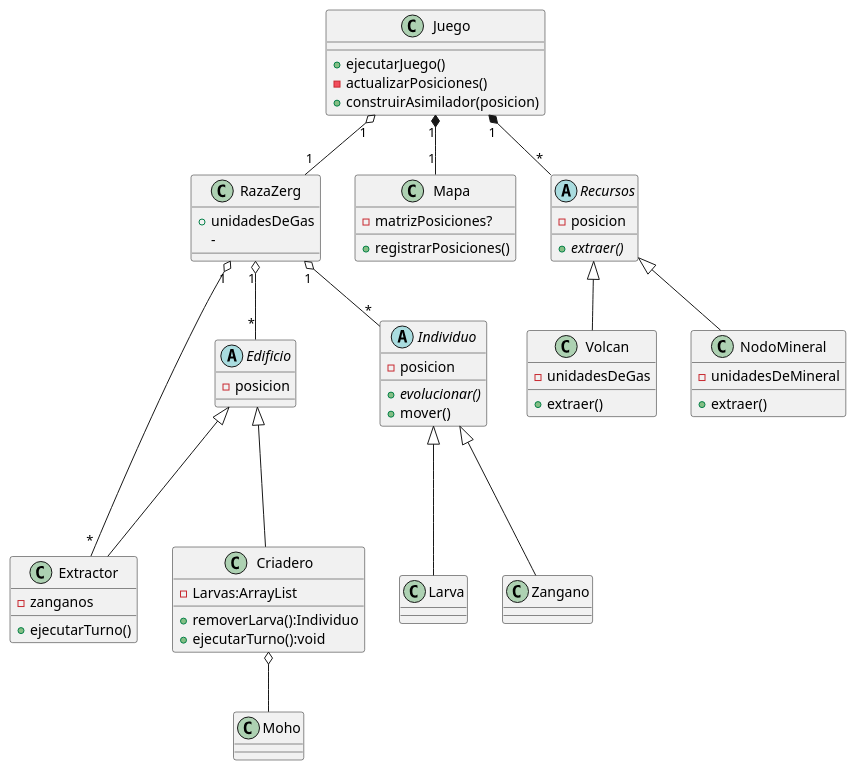
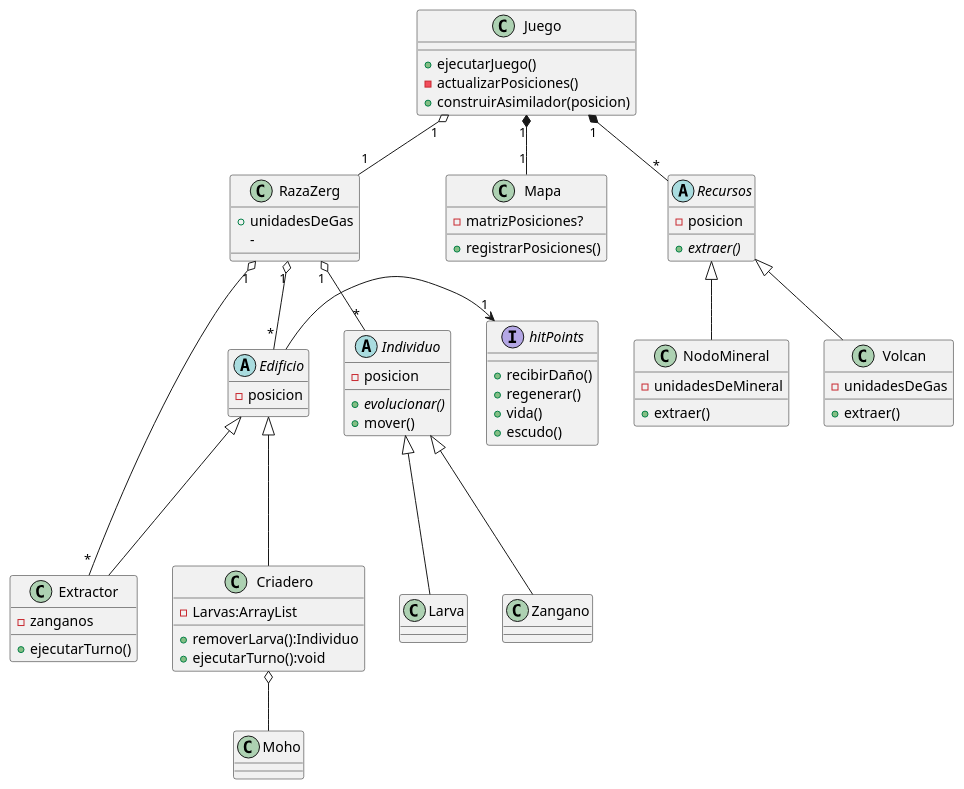
The diagram in diagrams/classes/clases.puml (nicolasgirardi/algo3_TP2_AlgoStar), drawn with PlantUML before and after one commit.

Commit message:
actualizo diagrama de clases con hitpoints

```diff
--- a/diagrams/classes/clases.puml
+++ b/diagrams/classes/clases.puml
@@ -1,77 +1,87 @@
 @startuml
 
 
 
 class Juego {
     +ejecutarJuego()
     -actualizarPosiciones()
     +construirAsimilador(posicion)
 }
 
 class Zangano{
 
 }
 class Larva{
 
 }
 class RazaZerg{
     +unidadesDeGas
     -
 }
 class Criadero{
     -Larvas:ArrayList
     +removerLarva():Individuo
     +ejecutarTurno():void
 }
 
 
 abstract class Edificio{
     -posicion
 }
 
 class Extractor{
     -zanganos
     +ejecutarTurno()
 }
 
 abstract class Individuo {
     -posicion
     {abstract} +evolucionar()
     +mover()
 }
 
 class Mapa {
     -matrizPosiciones?
     +registrarPosiciones()
 }
 
 abstract class Recursos {
     -posicion
     {abstract} +extraer()
 }
 
 class NodoMineral {
     -unidadesDeMineral
     +extraer()
 }
 
 class Volcan{
     -unidadesDeGas
     +extraer()
 }
 
+interface hitPoints{
+
++recibirDaño()
++regenerar()
++vida()
++escudo()
+}
+
 Zangano  -up--|> Individuo
 Larva    -up--|> Individuo
 RazaZerg "1"  o-- "*" Edificio
 RazaZerg "1"  o-- "*" Individuo
 Criadero -up--|> Edificio
 Extractor -up--|> Edificio
 Juego "1"  o-- "1" RazaZerg
 Juego "1"  *-- "1" Mapa
 Juego "1"  *-- "*" Recursos
 Recursos <|-- Volcan
 Recursos <|-- NodoMineral
 Criadero o-- Moho
 RazaZerg "1"  o-- "*" Extractor
 
+Edificio -> "1" hitPoints
+
 @enduml
```
